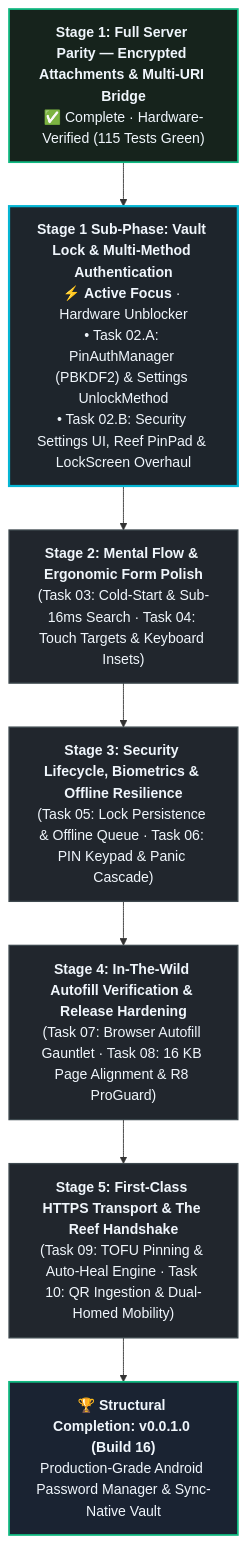
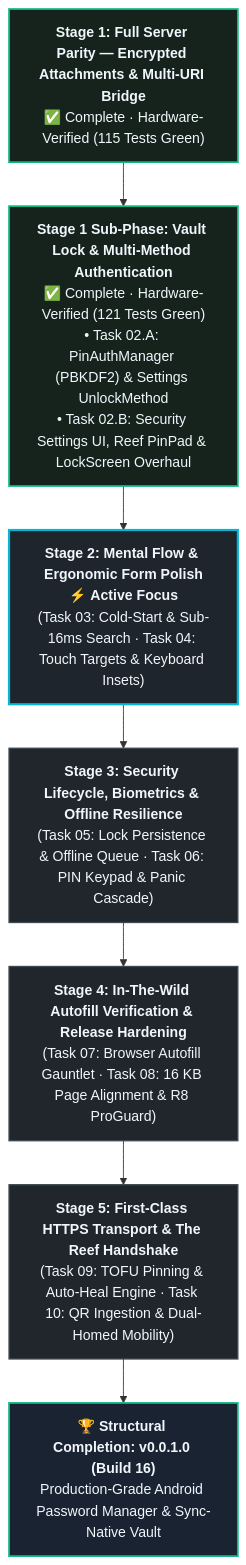
The diagram in project/meta-prompt-ai-studio.md (ClawStackStudios/ShellGuard-Mobile), drawn with Mermaid before and after one commit. The commit also changed other lines of this file and 14 other files, not shown here.

First line of the commit message:
docs(walk): reconcile documentation and domain specs with Stage 1.5 in-place re-auth

````diff
--- a/project/meta-prompt-ai-studio.md
+++ b/project/meta-prompt-ai-studio.md
@@ -16,23 +16,23 @@
 ```mermaid
 flowchart TD
     classDef stageDone fill:#16231C,stroke:#10B981,stroke-width:2px,color:#F0F6FC;
     classDef stageActive fill:#1E252C,stroke:#06B6D4,stroke-width:2.5px,color:#F0F6FC;
     classDef stageNext fill:#21262D,stroke:#3D484E,stroke-width:1.5px,color:#F0F6FC;
     classDef targetMilestone fill:#1A2332,stroke:#10B981,stroke-width:2px,color:#F0F6FC;
 
     S1["<b>Stage 1: Full Server Parity — Encrypted Attachments & Multi-URI Bridge</b><br/>✅ Complete · Hardware-Verified (115 Tests Green)"]:::stageDone
 
-    S1_SUB["<b>Stage 1 Sub-Phase: Vault Lock & Multi-Method Authentication</b><br/>⚡ <b>Active Focus</b> · Hardware Unblocker<br/>• Task 02.A: PinAuthManager (PBKDF2) & Settings UnlockMethod<br/>• Task 02.B: Security Settings UI, Reef PinPad & LockScreen Overhaul"]:::stageActive
+    S1_SUB["<b>Stage 1 Sub-Phase: Vault Lock & Multi-Method Authentication</b><br/>✅ Complete · Hardware-Verified (121 Tests Green)<br/>• Task 02.A: PinAuthManager (PBKDF2) & Settings UnlockMethod<br/>• Task 02.B: Security Settings UI, Reef PinPad & LockScreen Overhaul"]:::stageDone
 
-    S2["<b>Stage 2: Mental Flow & Ergonomic Form Polish</b><br/>(Task 03: Cold-Start & Sub-16ms Search · Task 04: Touch Targets & Keyboard Insets)"]:::stageNext
+    S2["<b>Stage 2: Mental Flow & Ergonomic Form Polish</b><br/>⚡ <b>Active Focus</b><br/>(Task 03: Cold-Start & Sub-16ms Search · Task 04: Touch Targets & Keyboard Insets)"]:::stageActive
 
     S3["<b>Stage 3: Security Lifecycle, Biometrics & Offline Resilience</b><br/>(Task 05: Lock Persistence & Offline Queue · Task 06: PIN Keypad & Panic Cascade)"]:::stageNext
 
     S4["<b>Stage 4: In-The-Wild Autofill Verification & Release Hardening</b><br/>(Task 07: Browser Autofill Gauntlet · Task 08: 16 KB Page Alignment & R8 ProGuard)"]:::stageNext
 
     S5["<b>Stage 5: First-Class HTTPS Transport & The Reef Handshake</b><br/>(Task 09: TOFU Pinning & Auto-Heal Engine · Task 10: QR Ingestion & Dual-Homed Mobility)"]:::stageNext
 
     M1["<b>🏆 Structural Completion: v0.0.1.0 (Build 16)</b><br/>Production-Grade Android Password Manager & Sync-Native Vault"]:::targetMilestone
 
     S1 --> S1_SUB --> S2 --> S3 --> S4 --> S5 --> M1
 ```
````
